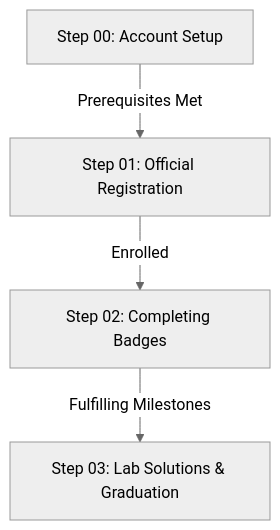
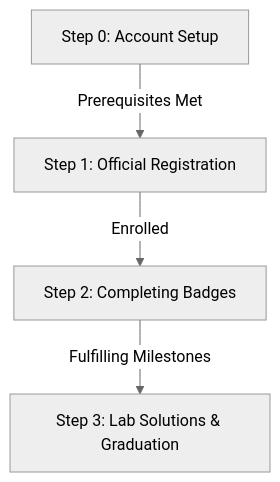
Before and after one commit to deepanshu-prajapati01/arcade-facilitator-program-guide: the diagram in README.md, drawn with Mermaid (neutral theme). The commit also changed other lines of this file and 4 other files, not shown here.

````diff
--- a/README.md
+++ b/README.md
@@ -11,6 +17,6 @@
 ```mermaid
 graph TD
-    A[Step 00: Account Setup] -->|Prerequisites Met| B[Step 01: Official Registration]
-    B -->|Enrolled| C[Step 02: Completing Badges]
-    C -->|Fulfilling Milestones| D[Step 03: Lab Solutions & Graduation]
+    A[Step 0: Account Setup] -->|Prerequisites Met| B[Step 1: Official Registration]
+    B -->|Enrolled| C[Step 2: Completing Badges]
+    C -->|Fulfilling Milestones| D[Step 3: Lab Solutions & Graduation]
 ```
````
